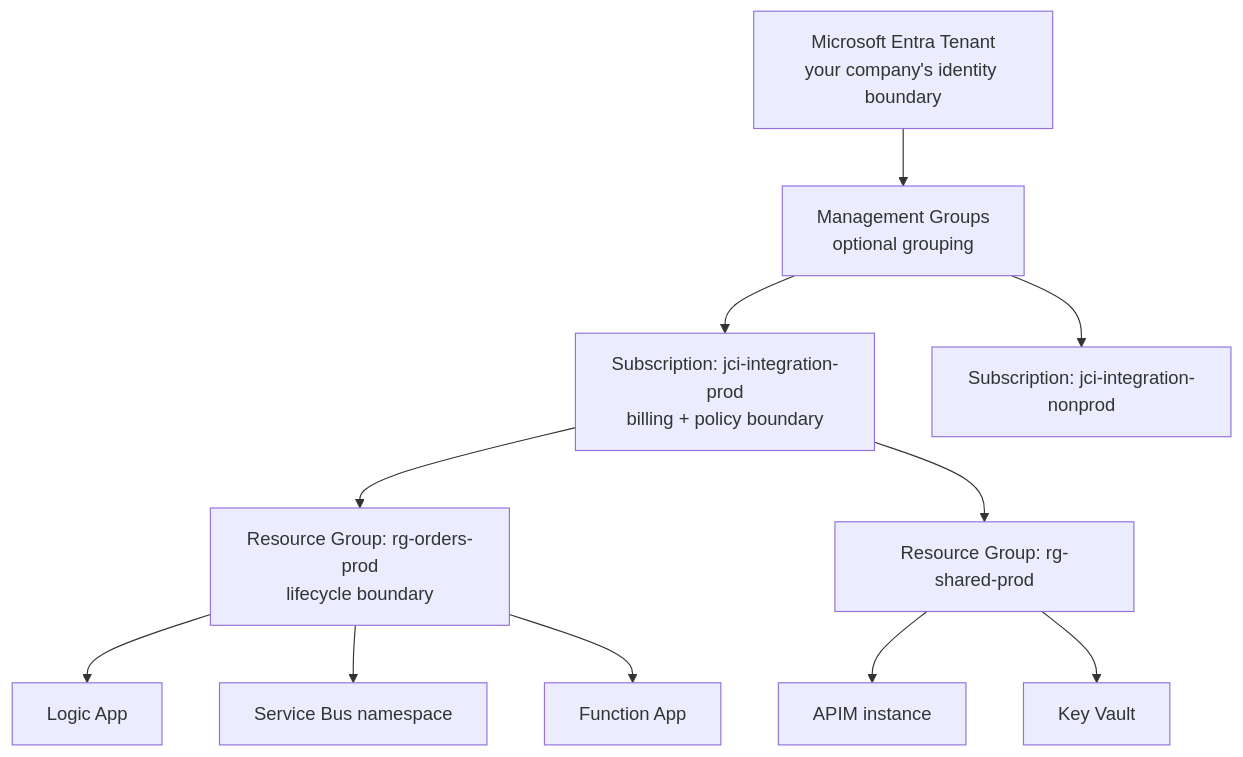
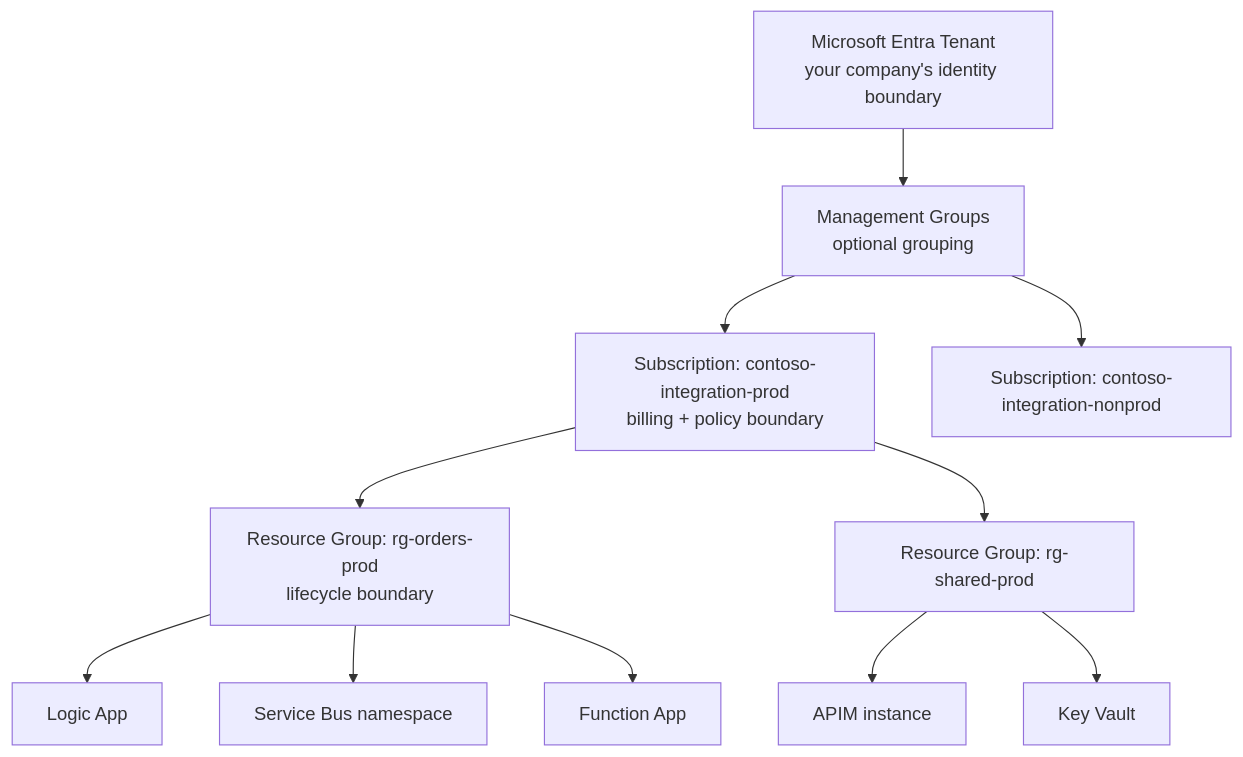
One commit to hacktrash7/ais-integration-prep changed the second of 4 diagrams in 02-Integration-and-Azure-Fundamentals/README.md. Above: the diagram before and after it, drawn with Mermaid. The commit also changed 9 other files, not shown here.

````diff
--- a/02-Integration-and-Azure-Fundamentals/README.md
+++ b/02-Integration-and-Azure-Fundamentals/README.md
@@ -51,13 +51,13 @@
 ```mermaid
 flowchart TD
     T[Microsoft Entra Tenant<br/>your company's identity boundary] --> MG[Management Groups<br/>optional grouping]
-    MG --> S1[Subscription: jci-integration-prod<br/>billing + policy boundary]
-    MG --> S2[Subscription: jci-integration-nonprod]
+    MG --> S1[Subscription: contoso-integration-prod<br/>billing + policy boundary]
+    MG --> S2[Subscription: contoso-integration-nonprod]
     S1 --> RG1[Resource Group: rg-orders-prod<br/>lifecycle boundary]
     S1 --> RG2[Resource Group: rg-shared-prod]
     RG1 --> R1[Logic App]
     RG1 --> R2[Service Bus namespace]
     RG1 --> R3[Function App]
     RG2 --> R4[APIM instance]
     RG2 --> R5[Key Vault]
 ```
````
